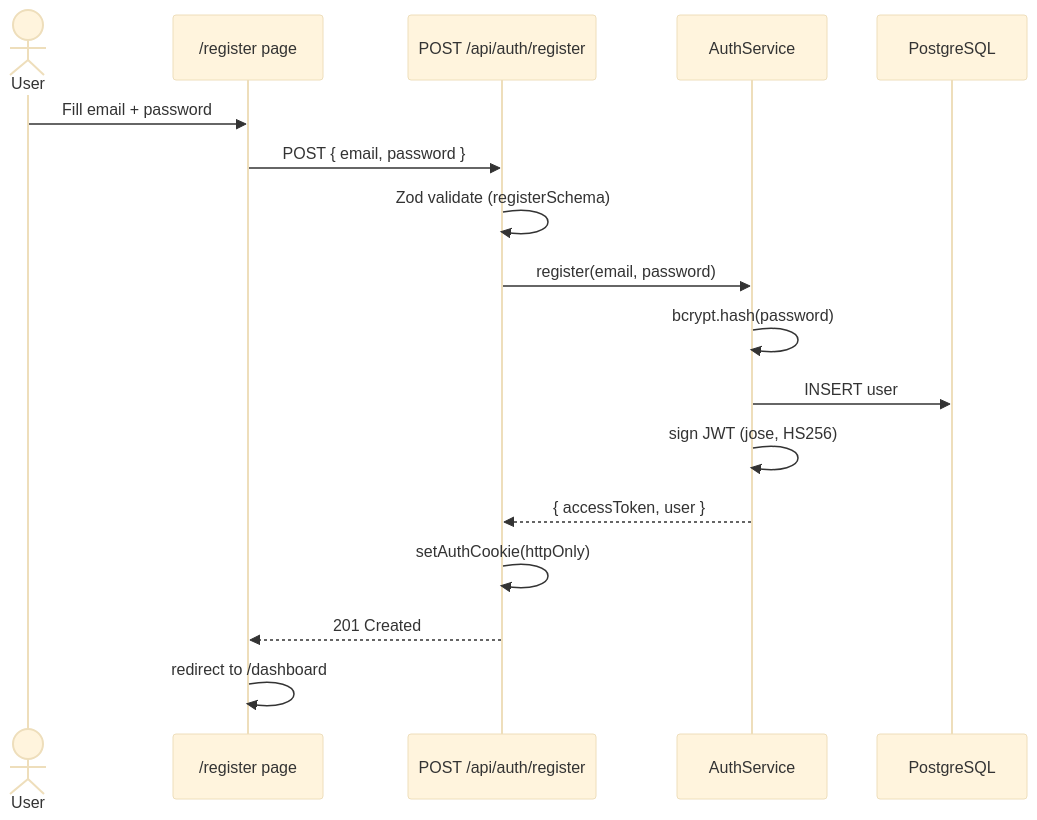
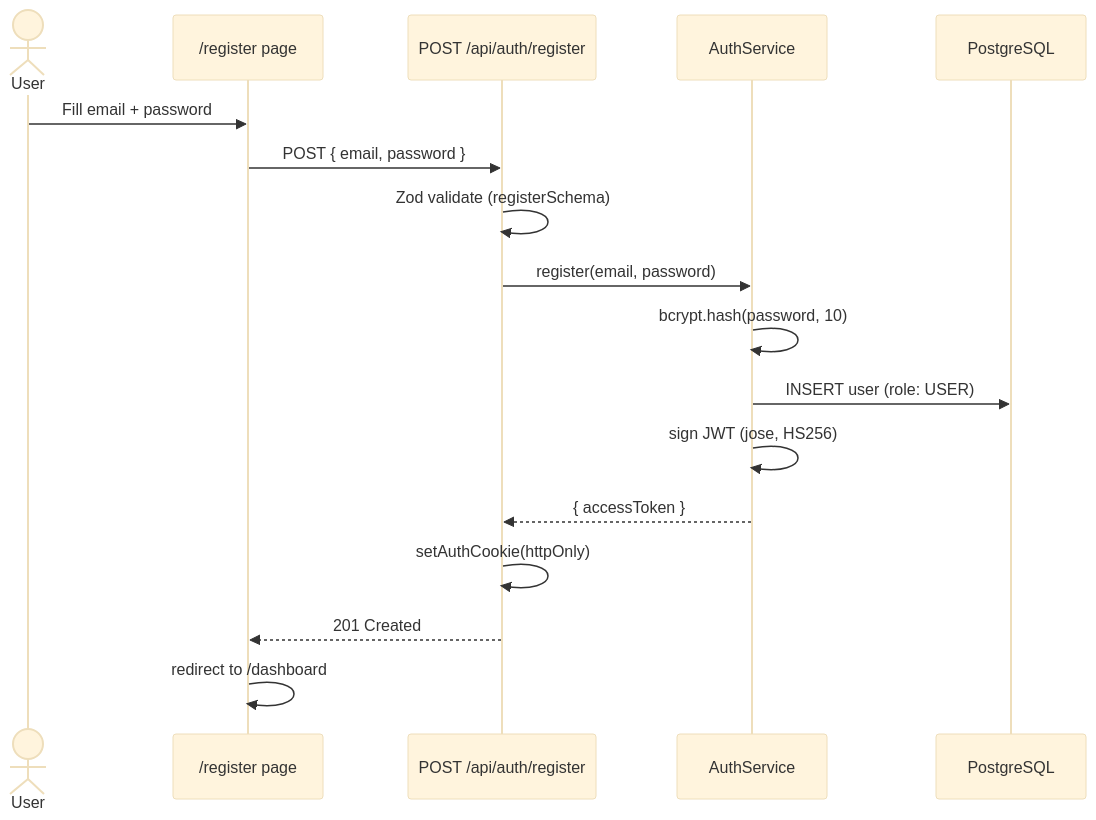
Before and after one commit to kpndevrootentri/dropdeploy: the fourth of 10 diagrams in docs/HOW-IT-WORKS.md, drawn with Mermaid (base theme). The commit also changed other lines of this file and 23 other files, not shown here.

````diff
--- a/docs/HOW-IT-WORKS.md
+++ b/docs/HOW-IT-WORKS.md
@@ -115,20 +153,20 @@
 ```mermaid
 sequenceDiagram
     actor U as User
     participant P as /register page
     participant API as POST /api/auth/register
     participant AS as AuthService
     participant DB as PostgreSQL
 
     U->>P: Fill email + password
     P->>API: POST { email, password }
     API->>API: Zod validate (registerSchema)
     API->>AS: register(email, password)
-    AS->>AS: bcrypt.hash(password)
-    AS->>DB: INSERT user
+    AS->>AS: bcrypt.hash(password, 10)
+    AS->>DB: INSERT user (role: USER)
     AS->>AS: sign JWT (jose, HS256)
-    AS-->>API: { accessToken, user }
+    AS-->>API: { accessToken }
     API->>API: setAuthCookie(httpOnly)
     API-->>P: 201 Created
     P->>P: redirect to /dashboard
 ```
````
